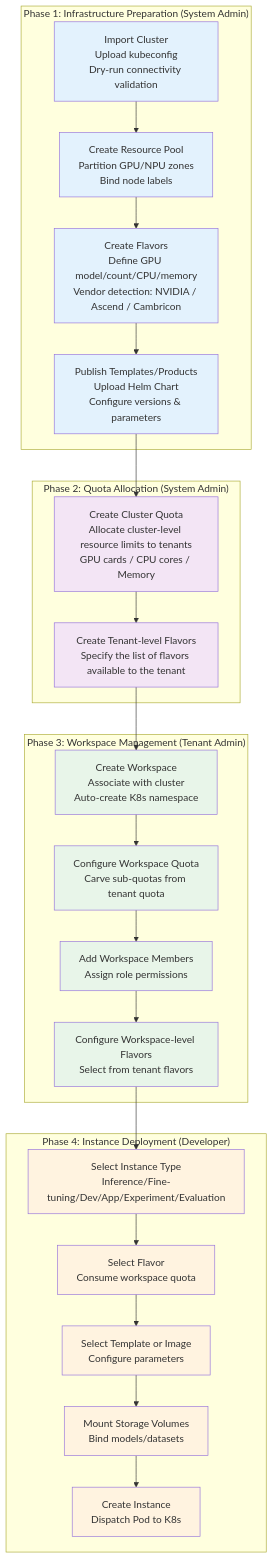
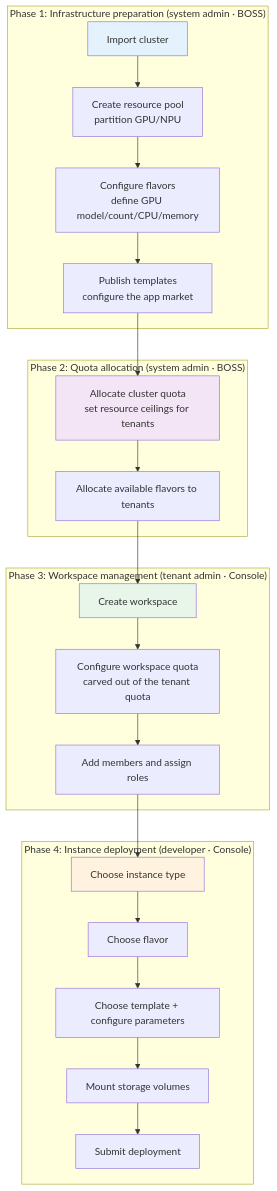
The third of 6 diagrams in src/pages/docs/en/02.guide/02.architecture.md (poxiaoyun/docs), drawn with Mermaid before and after one commit. The commit also changed other lines of this file and 463 other files, not shown here.

````diff
--- a/src/pages/docs/en/02.guide/02.architecture.md
+++ b/src/pages/docs/en/02.guide/02.architecture.md
@@ -241,44 +154,32 @@
 ```mermaid
 flowchart TD
-    subgraph "Phase 1: Infrastructure Preparation (System Admin)"
-        A1["Import Cluster<br/>Upload kubeconfig<br/>Dry-run connectivity validation"] --> A2["Create Resource Pool<br/>Partition GPU/NPU zones<br/>Bind node labels"]
-        A2 --> A3["Create Flavors<br/>Define GPU model/count/CPU/memory<br/>Vendor detection: NVIDIA / Ascend / Cambricon"]
-        A3 --> A4["Publish Templates/Products<br/>Upload Helm Chart<br/>Configure versions & parameters"]
+    subgraph "Phase 1: Infrastructure preparation (system admin · BOSS)"
+        A1["Import cluster"] --> A2["Create resource pool<br/>partition GPU/NPU"]
+        A2 --> A3["Configure flavors<br/>define GPU model/count/CPU/memory"]
+        A3 --> A4["Publish templates<br/>configure the app market"]
     end
 
-    subgraph "Phase 2: Quota Allocation (System Admin)"
-        A4 --> B1["Create Cluster Quota<br/>Allocate cluster-level resource limits to tenants<br/>GPU cards / CPU cores / Memory"]
-        B1 --> B2["Create Tenant-level Flavors<br/>Specify the list of flavors available to the tenant"]
+    subgraph "Phase 2: Quota allocation (system admin · BOSS)"
+        A4 --> B1["Allocate cluster quota<br/>set resource ceilings for tenants"]
+        B1 --> B2["Allocate available flavors to tenants"]
     end
 
-    subgraph "Phase 3: Workspace Management (Tenant Admin)"
-        B2 --> C1["Create Workspace<br/>Associate with cluster<br/>Auto-create K8s namespace"]
-        C1 --> C2["Configure Workspace Quota<br/>Carve sub-quotas from tenant quota"]
-        C2 --> C3["Add Workspace Members<br/>Assign role permissions"]
-        C3 --> C4["Configure Workspace-level Flavors<br/>Select from tenant flavors"]
+    subgraph "Phase 3: Workspace management (tenant admin · Console)"
+        B2 --> C1["Create workspace"]
+        C1 --> C2["Configure workspace quota<br/>carved out of the tenant quota"]
+        C2 --> C3["Add members and assign roles"]
     end
 
-    subgraph "Phase 4: Instance Deployment (Developer)"
-        C4 --> D1["Select Instance Type<br/>Inference/Fine-tuning/Dev/App/Experiment/Evaluation"]
-        D1 --> D2["Select Flavor<br/>Consume workspace quota"]
-        D2 --> D3["Select Template or Image<br/>Configure parameters"]
-        D3 --> D4["Mount Storage Volumes<br/>Bind models/datasets"]
-        D4 --> D5["Create Instance<br/>Dispatch Pod to K8s"]
+    subgraph "Phase 4: Instance deployment (developer · Console)"
+        C3 --> D1["Choose instance type"]
+        D1 --> D2["Choose flavor"]
+        D2 --> D3["Choose template + configure parameters"]
+        D3 --> D4["Mount storage volumes"]
+        D4 --> D5["Submit deployment"]
     end
 
     style A1 fill:#e3f2fd
-    style A2 fill:#e3f2fd
-    style A3 fill:#e3f2fd
-    style A4 fill:#e3f2fd
     style B1 fill:#f3e5f5
-    style B2 fill:#f3e5f5
     style C1 fill:#e8f5e9
-    style C2 fill:#e8f5e9
-    style C3 fill:#e8f5e9
-    style C4 fill:#e8f5e9
     style D1 fill:#fff3e0
-    style D2 fill:#fff3e0
-    style D3 fill:#fff3e0
-    style D4 fill:#fff3e0
-    style D5 fill:#fff3e0
 ```
````
